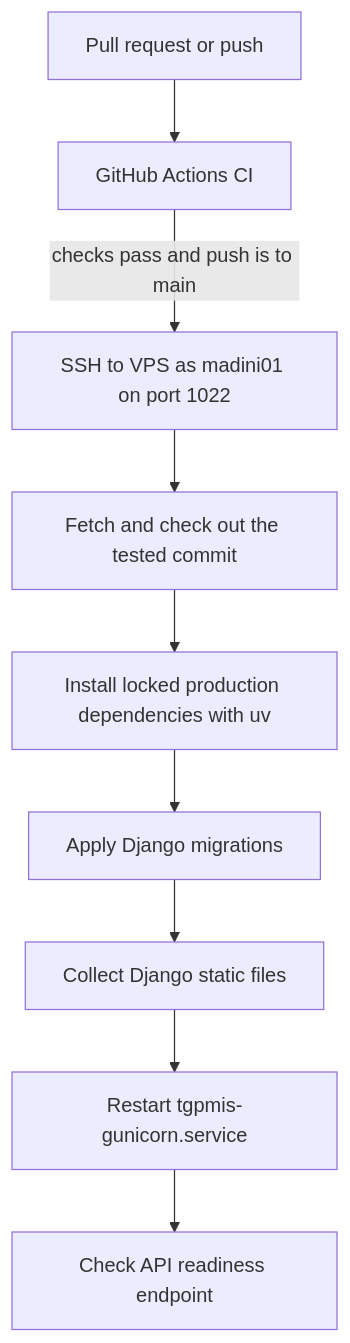
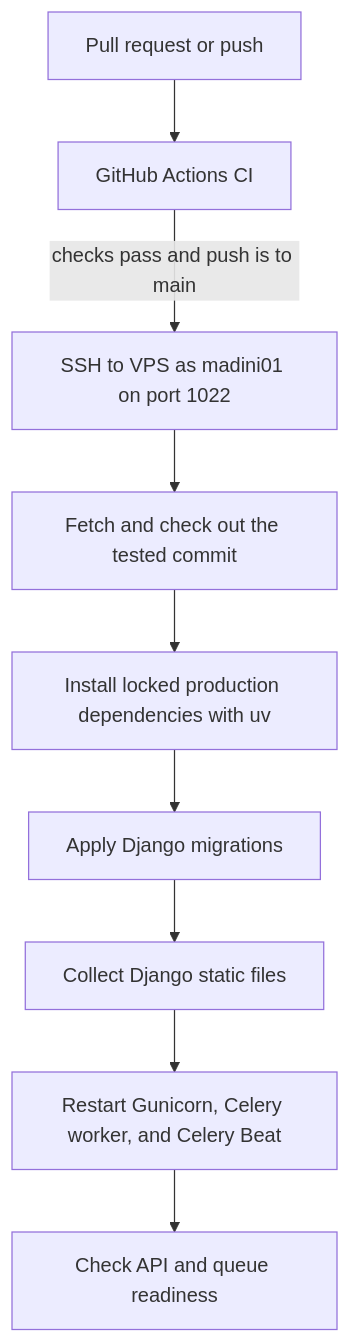
Before and after one commit to TGCTZ/TGC-SERVICE-BACKEND: the diagram in docs/deployment.md, drawn with Mermaid. The commit also changed other lines of this file and 34 other files, not shown here.

````diff
--- a/docs/deployment.md
+++ b/docs/deployment.md
@@ -8,11 +8,11 @@
 ```mermaid
 flowchart TD
     DEV[Pull request or push] --> CI[GitHub Actions CI]
     CI -->|checks pass and push is to main| SSH[SSH to VPS as madini01 on port 1022]
     SSH --> SHA[Fetch and check out the tested commit]
     SHA --> DEPS[Install locked production dependencies with uv]
     DEPS --> MIGRATE[Apply Django migrations]
     MIGRATE --> STATIC[Collect Django static files]
-    STATIC --> RESTART[Restart tgpmis-gunicorn.service]
-    RESTART --> READY[Check API readiness endpoint]
+    STATIC --> RESTART[Restart Gunicorn, Celery worker, and Celery Beat]
+    RESTART --> READY[Check API and queue readiness]
 ```
````
